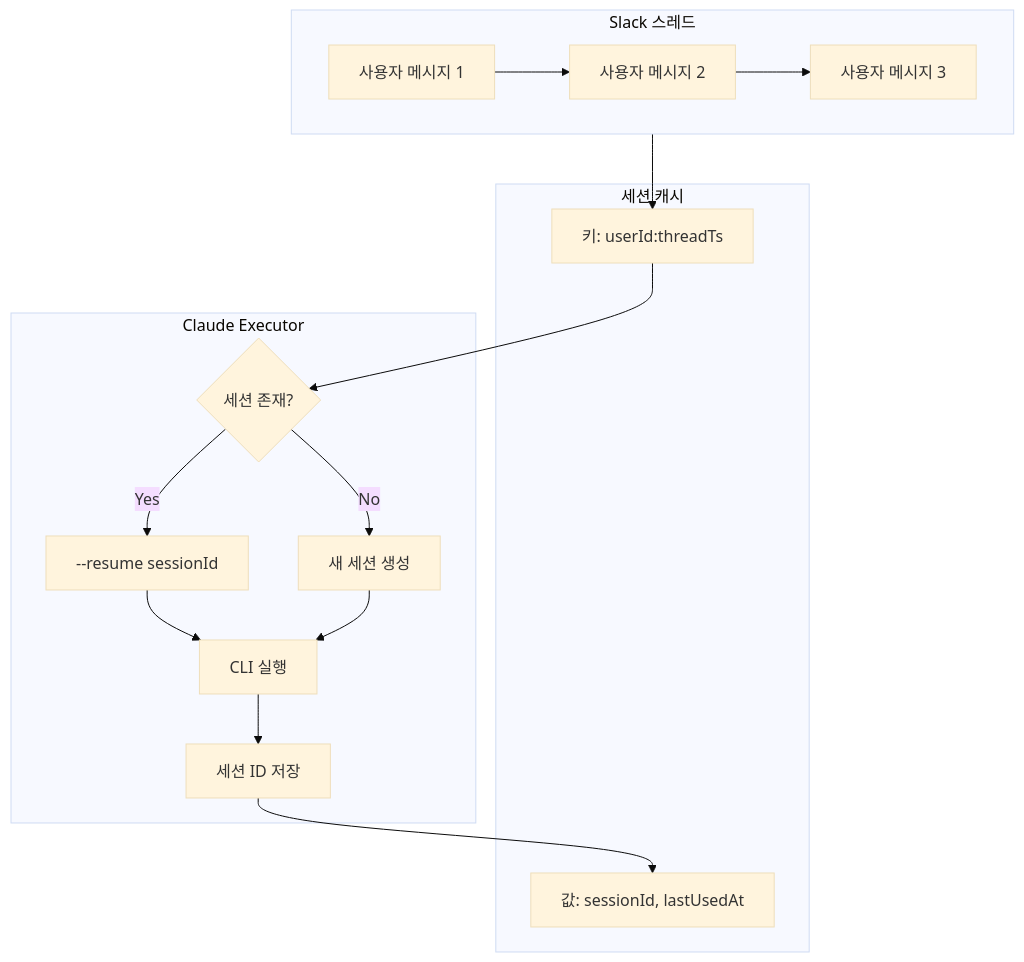
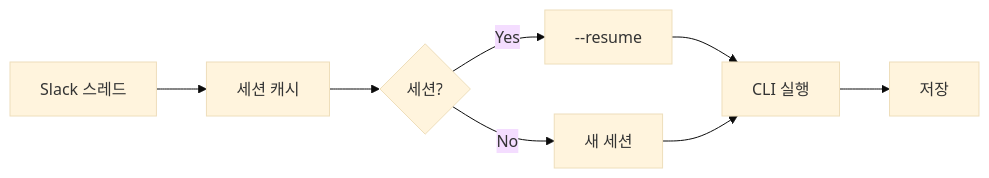
The second of 3 diagrams in content/posts/2025-11-05-claude-code-session-resume.md (Gyeom/dev-notes), drawn with Mermaid (base theme) before and after one commit. The commit also changed 7 other files, not shown here.

First line of the commit message:
Fix: 전체 포스트 Mermaid 다이어그램 가로 배치 적용

````diff
--- a/content/posts/2025-11-05-claude-code-session-resume.md
+++ b/content/posts/2025-11-05-claude-code-session-resume.md
@@ -90,25 +90,10 @@
 ```mermaid
-flowchart TB
-    subgraph Slack["Slack 스레드"]
-        U1["사용자 메시지 1"] --> U2["사용자 메시지 2"]
-        U2 --> U3["사용자 메시지 3"]
-    end
-
-    subgraph SessionCache["세션 캐시"]
-        K["키: userId:threadTs"]
-        V["값: sessionId, lastUsedAt"]
-    end
-
-    subgraph ClaudeExecutor["Claude Executor"]
-        Check{세션 존재?}
-        Check -->|Yes| Resume["--resume sessionId"]
-        Check -->|No| New["새 세션 생성"]
-        Resume --> Execute["CLI 실행"]
-        New --> Execute
-        Execute --> Save["세션 ID 저장"]
-    end
-
-    Slack --> K
-    K --> Check
-    Save --> V
+flowchart LR
+    Slack["Slack 스레드"] --> Cache["세션 캐시"]
+    Cache --> Check{세션?}
+    Check -->|Yes| Resume["--resume"]
+    Check -->|No| New["새 세션"]
+    Resume --> Execute["CLI 실행"]
+    New --> Execute
+    Execute --> Save["저장"]
 ```
````
